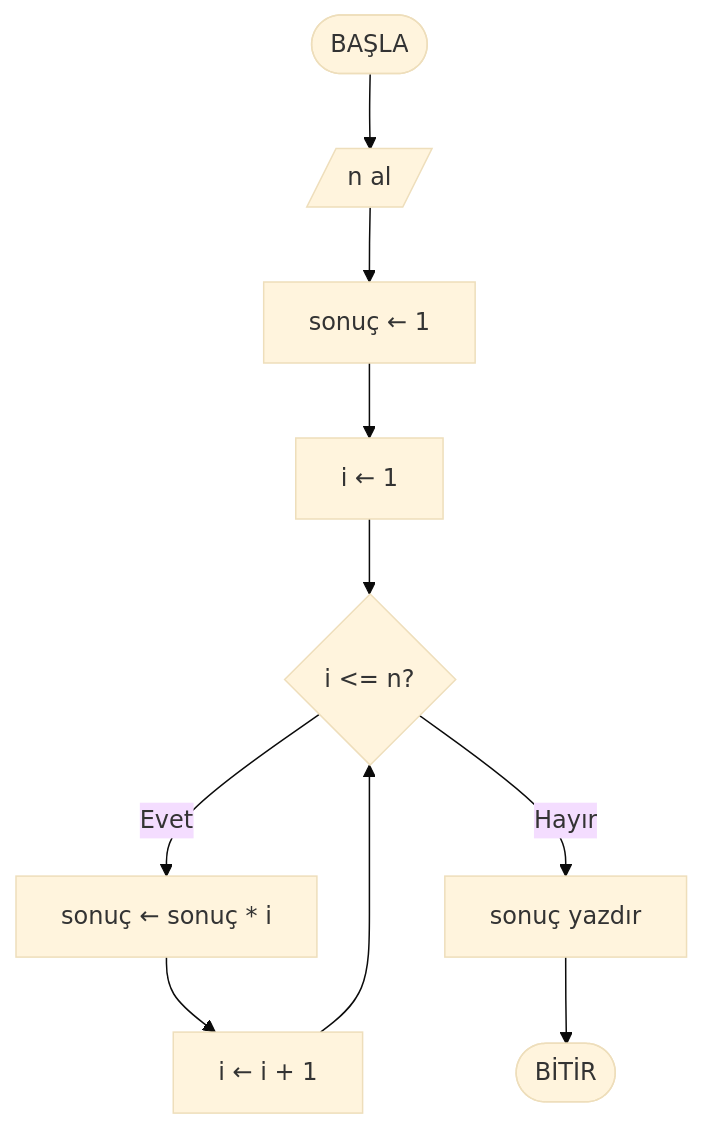
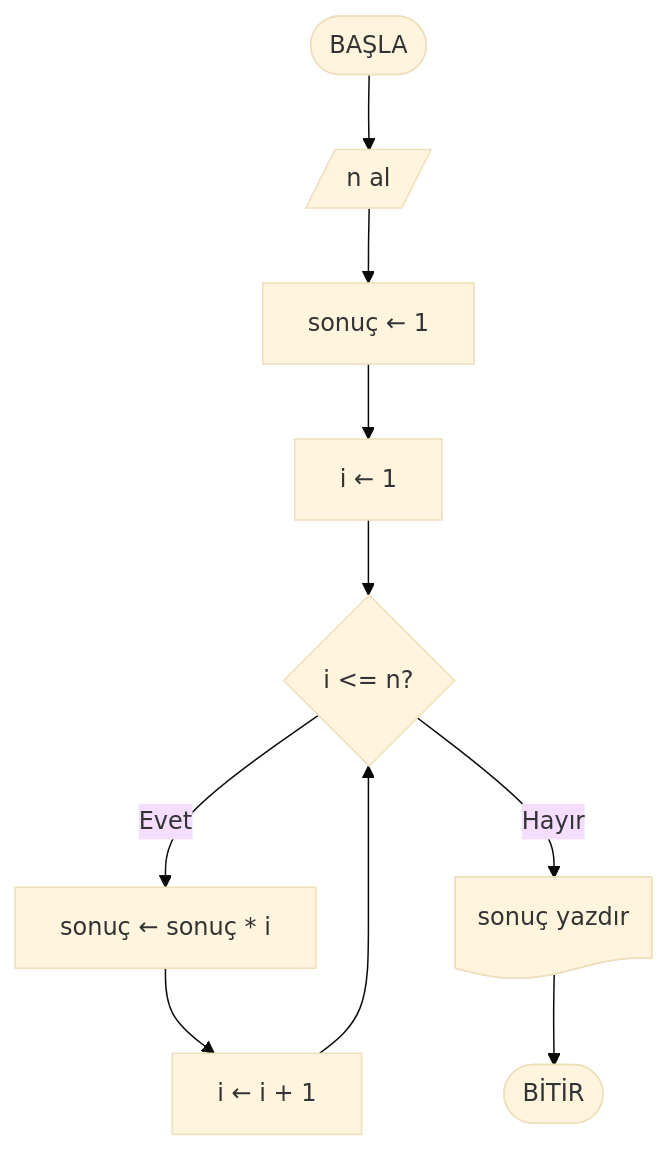
Before and after one commit to ibrahimayaz/Algoritma-ve-Programlamaya-Giris-2025: the fourth of 10 diagrams in Hafta02/ders_icerik.md, drawn with Mermaid (base theme). The commit also changed other lines of this file and 18 other files, not shown here.

````diff
--- a/Hafta02/ders_icerik.md
+++ b/Hafta02/ders_icerik.md
@@ -536,7 +484,7 @@
 ```mermaid
 flowchart TD
   start([BAŞLA]) --> nin[/n al/] --> init1[sonuç ← 1] --> init2[i ← 1]
   init2 --> loop{i <= n?}
   loop -- Evet --> mult[sonuç ← sonuç * i] --> inc[i ← i + 1] --> loop
-  loop -- Hayır --> out[sonuç yazdır] --> endNode([BİTİR])
+  loop -- Hayır --> out@{ shape: doc, label: "sonuç yazdır" } --> endNode([BİTİR])
 ```
````
